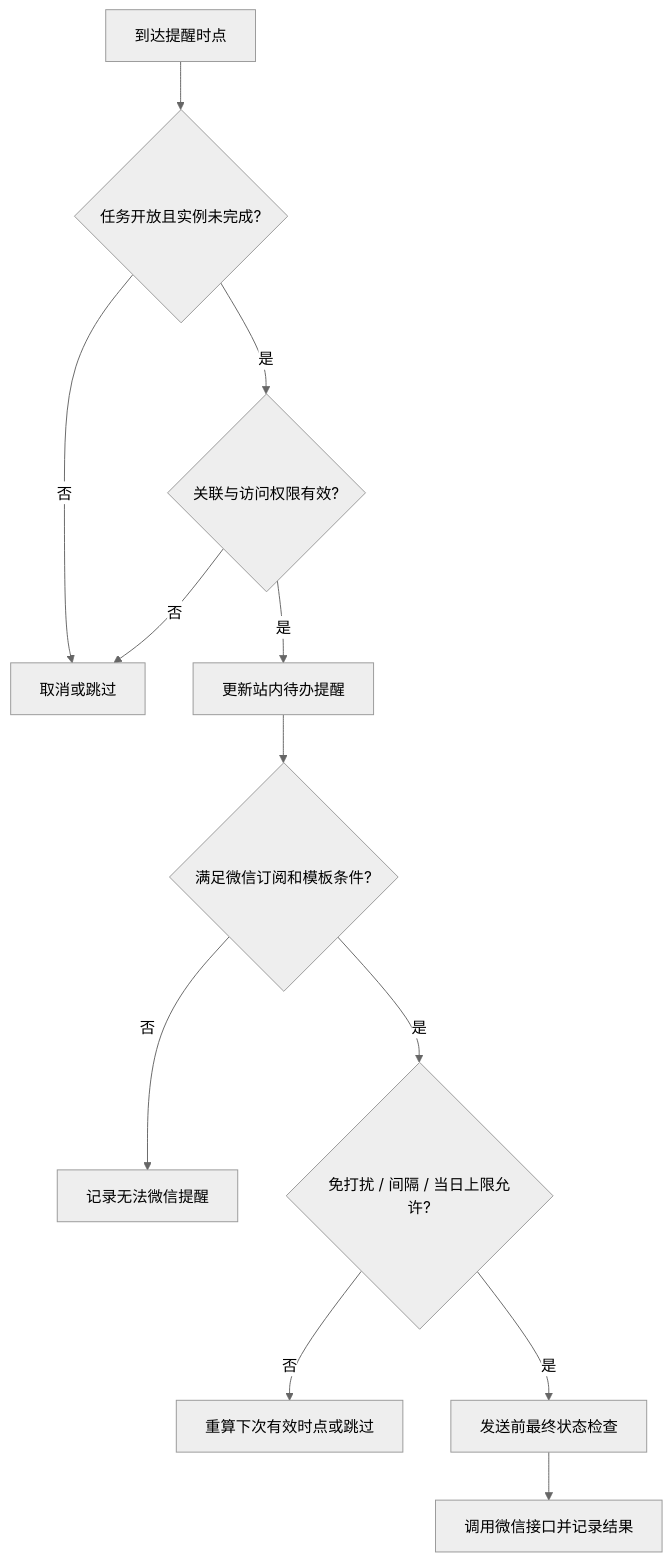
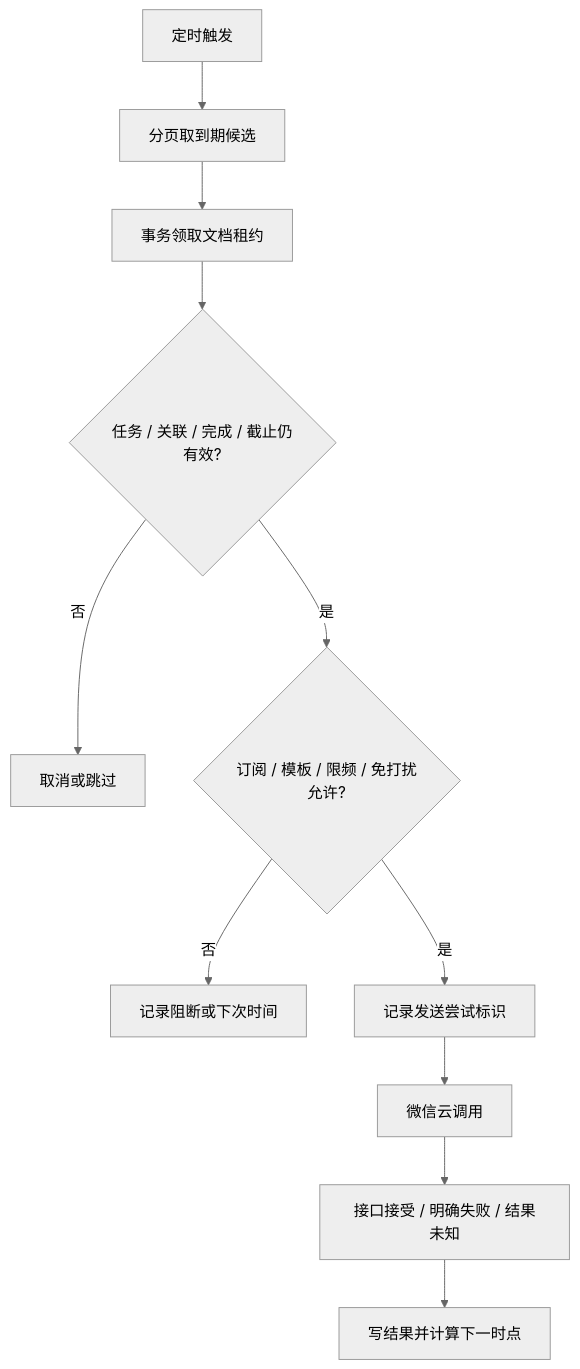
Before and after one commit to xingzichen/class-relay: the second of 2 diagrams in docs/technical-architecture.md, drawn with Mermaid (neutral theme). The commit also changed other lines of this file and 12 other files, not shown here.

Commit message:
docs: define CloudBase architecture, routine scope and schedule workflows

````diff
--- a/docs/technical-architecture.md
+++ b/docs/technical-architecture.md
@@ -92,14 +96,13 @@
 ```mermaid
 flowchart TD
-    A[到达提醒时点] --> B{任务开放且实例未完成?}
-    B -- 否 --> C[取消或跳过]
-    B -- 是 --> D{关联与访问权限有效?}
-    D -- 否 --> C
-    D -- 是 --> E[更新站内待办提醒]
-    E --> F{满足微信订阅和模板条件?}
-    F -- 否 --> G[记录无法微信提醒]
-    F -- 是 --> H{免打扰 / 间隔 / 当日上限允许?}
-    H -- 否 --> I[重算下次有效时点或跳过]
-    H -- 是 --> J[发送前最终状态检查]
-    J --> K[调用微信接口并记录结果]
+    T[定时触发] --> Q[分页取到期候选]
+    Q --> L[事务领取文档租约]
+    L --> V{任务 / 关联 / 完成 / 截止仍有效?}
+    V -- 否 --> C[取消或跳过]
+    V -- 是 --> S{订阅 / 模板 / 限频 / 免打扰允许?}
+    S -- 否 --> B[记录阻断或下次时间]
+    S -- 是 --> W[记录发送尝试标识]
+    W --> API[微信云调用]
+    API --> R[接口接受 / 明确失败 / 结果未知]
+    R --> D[写结果并计算下一时点]
 ```
````
